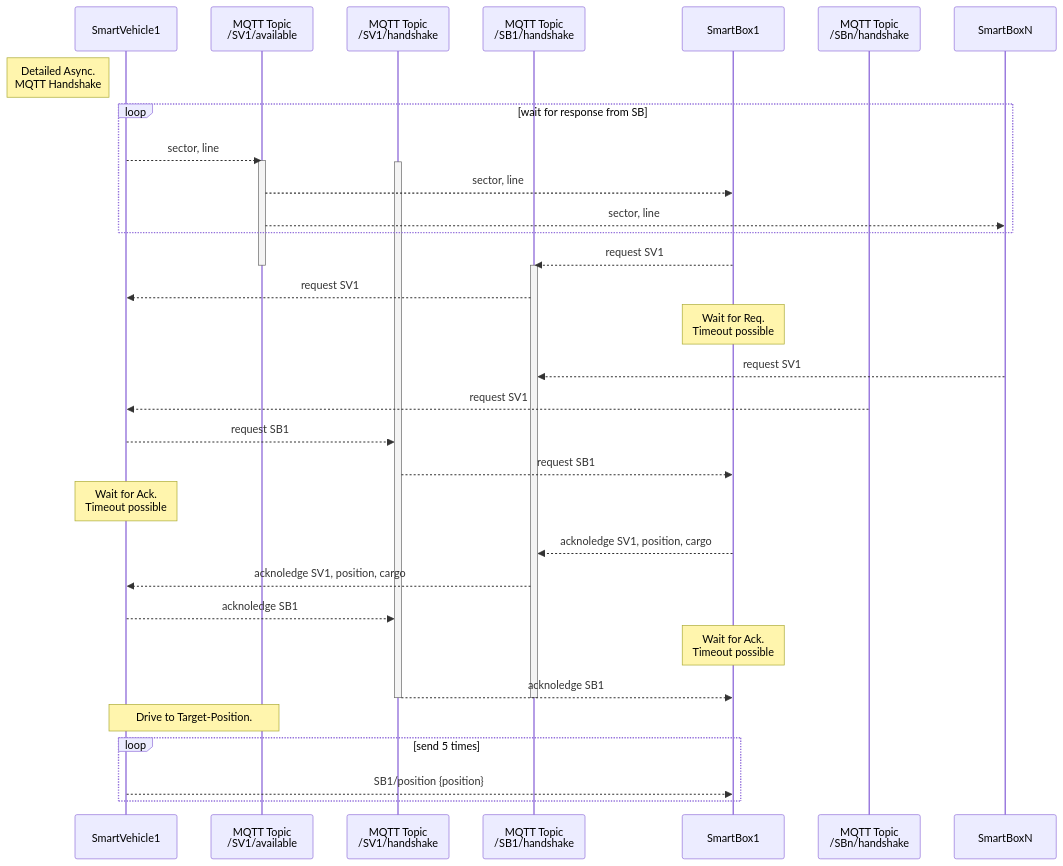
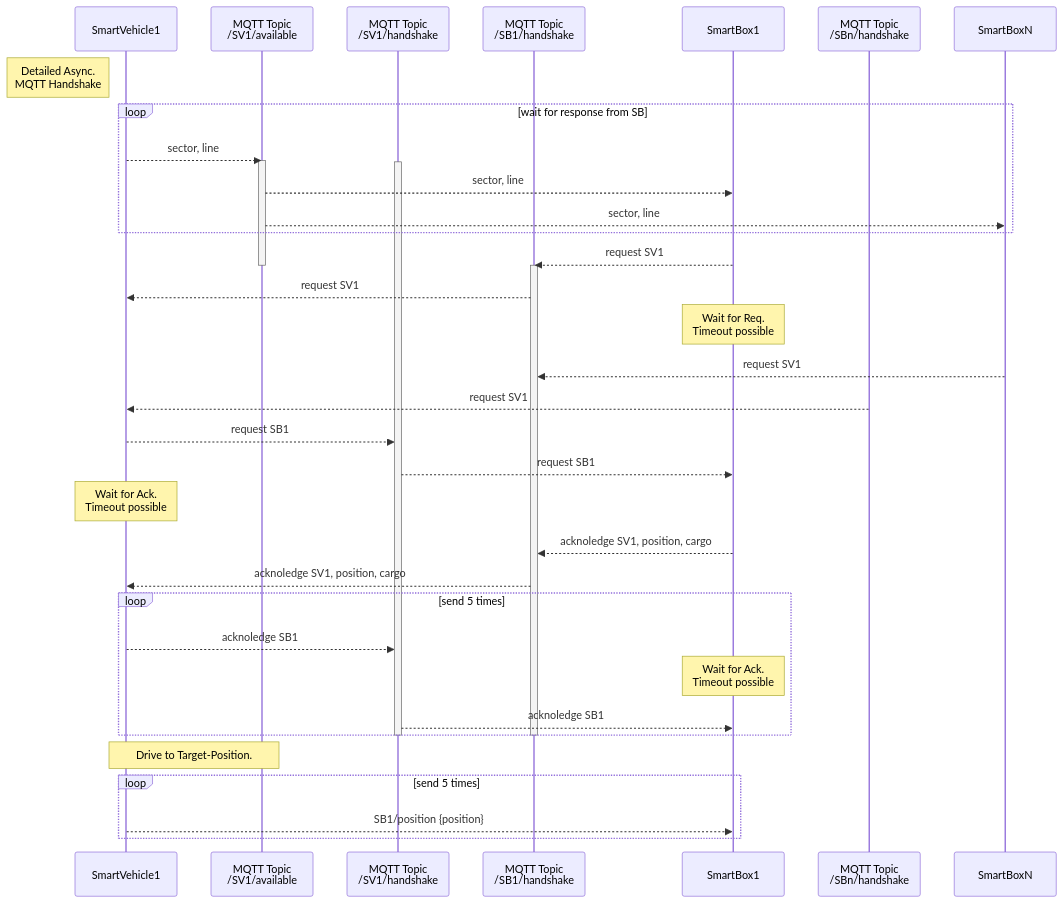
The second of 6 diagrams in mermaid/Communication.md (HSRLCLab/SmartFactory-Sortic), drawn with Mermaid before and after one commit. The commit also changed other lines of this file and 3 other files, not shown here.

Commit message:
updated readme an some sequence diagrams

````diff
--- a/mermaid/Communication.md
+++ b/mermaid/Communication.md
@@ -48,44 +48,48 @@
 ``` mermaid
 sequenceDiagram
     participant SV1 as SmartVehicle1
     participant SV1AV as MQTT Topic <br/> /SV1/available
     participant SV1HS as MQTT Topic <br/>/SV1/handshake
     participant SB1HS as MQTT Topic <br/>/SB1/handshake
     participant SB1 as SmartBox1
     participant SBnHS as MQTT Topic <br/>/SBn/handshake
     participant SBn as SmartBoxN
     Note left of SV1 : Detailed Async. <br/> MQTT Handshake
     loop wait for response from SB
         SV1 -->> SV1AV: sector, line
         activate SV1AV
         activate SV1HS
         SV1AV -->> SB1: sector, line
         SV1AV -->> SBn: sector, line
     end 
     
 	SB1 -->> SB1HS: request SV1
 	activate SB1HS
 	deactivate SV1AV
 	SB1HS -->> SV1: request SV1
 Note over SB1: Wait for Req. <br/> Timeout possible
 	
 	SBn -->> SB1HS: request SV1
 	SBnHS -->> SV1: request SV1
 	
 	SV1 -->> SV1HS: request SB1
 	SV1HS -->> SB1 : request SB1
 Note over SV1: Wait for Ack. <br/> Timeout possible
+
 	SB1 -->> SB1HS: acknoledge SV1, position, cargo
 	SB1HS -->> SV1: acknoledge SV1, position, cargo
+
 	
+loop send 5 times
 	SV1 -->> SV1HS: acknoledge SB1
 Note over SB1: Wait for Ack. <br/> Timeout possible
 	SV1HS -->> SB1: acknoledge SB1
+end
 	deactivate SV1HS
 	deactivate SB1HS
 	
 	Note over SV1, SV1AV: Drive to Target-Position.
 loop send 5 times
 	SV1 -->> SB1: SB1/position {position}
 end
 ```
````
